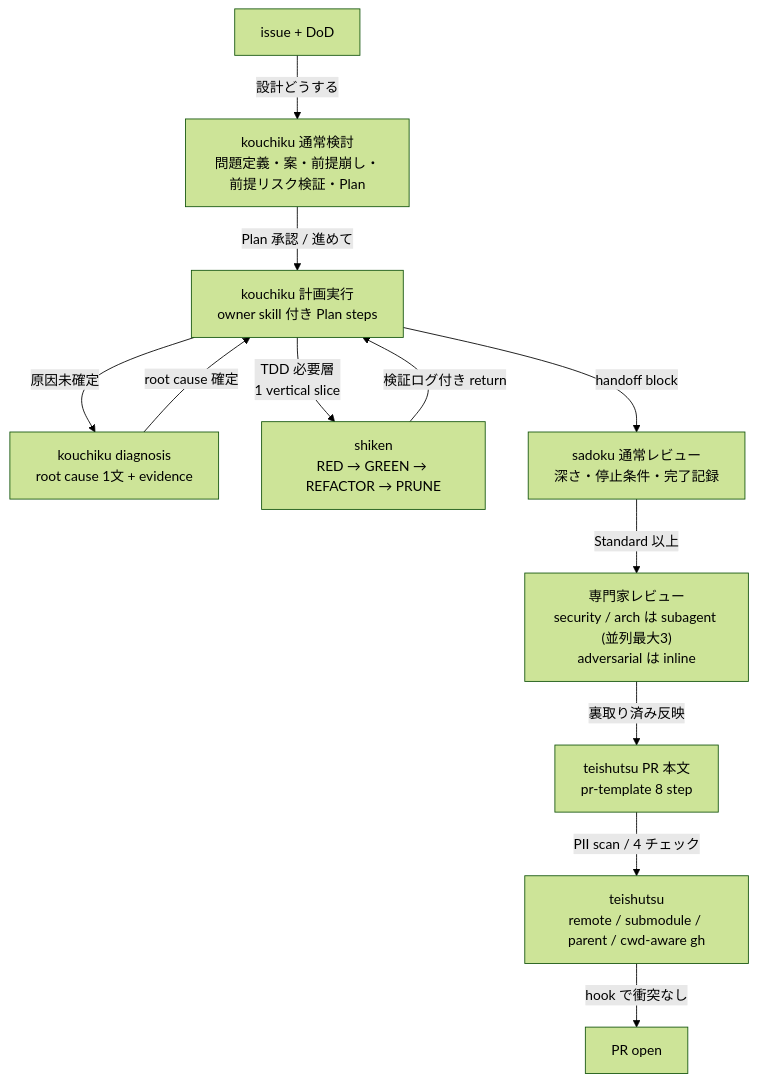
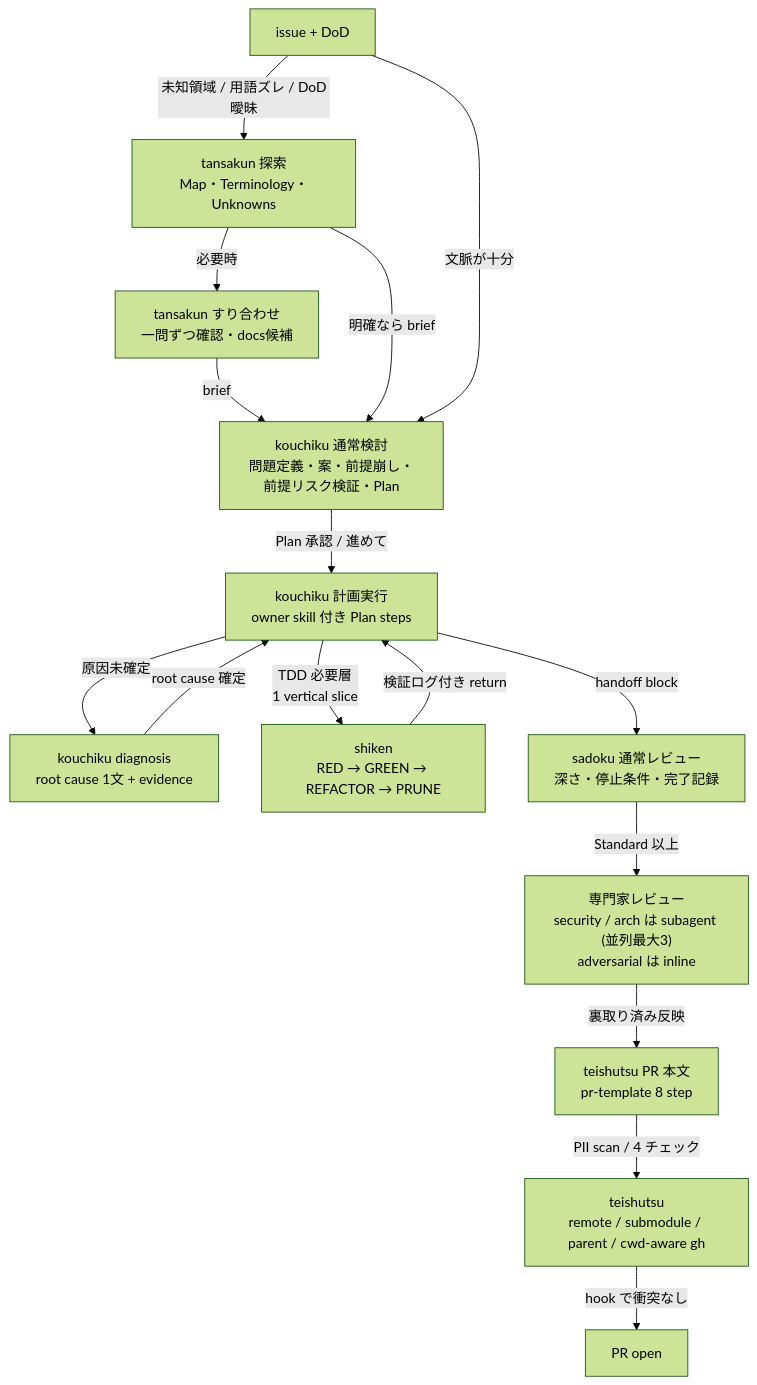
Before and after one commit to hayashiii-ghub/hikizan: the second of 6 diagrams in docs/workflow.md, drawn with Mermaid (forest theme). The commit also changed other lines of this file and 7 other files, not shown here.

````diff
--- a/docs/workflow.md
+++ b/docs/workflow.md
@@ -63,14 +70,18 @@
 ```mermaid
 flowchart TB
-  A["issue + DoD"] -->|"設計どうする"| B["kouchiku 通常検討<br/>問題定義・案・前提崩し・前提リスク検証・Plan"]
+  A["issue + DoD"] -->|"未知領域 / 用語ズレ / DoD曖昧"| A1["tansakun 探索<br/>Map・Terminology・Unknowns"]
+  A1 -->|"必要時"| A2["tansakun すり合わせ<br/>一問ずつ確認・docs候補"]
+  A2 -->|"brief"| B["kouchiku 通常検討<br/>問題定義・案・前提崩し・前提リスク検証・Plan"]
+  A1 -->|"明確なら brief"| B
+  A -->|"文脈が十分"| B
   B -->|"Plan 承認 / 進めて"| C["kouchiku 計画実行<br/>owner skill 付き Plan steps"]
   C -->|"原因未確定"| I["kouchiku diagnosis<br/>root cause 1文 + evidence"]
   I -->|"root cause 確定"| C
   C -->|"TDD 必要層<br/>1 vertical slice"| D["shiken<br/>RED → GREEN → REFACTOR → PRUNE"]
   D -->|"検証ログ付き return"| C
   C -->|"handoff block"| E["sadoku 通常レビュー<br/>深さ・停止条件・完了記録"]
   E -->|"Standard 以上"| F["専門家レビュー<br/>security / arch は subagent (並列最大3)<br/>adversarial は inline"]
   F -->|"裏取り済み反映"| G["teishutsu PR 本文<br/>pr-template 8 step"]
   G -->|"PII scan / 4 チェック"| H["teishutsu<br/>remote / submodule / parent / cwd-aware gh"]
   H -->|"hook で衝突なし"| J["PR open"]
 ```
````
